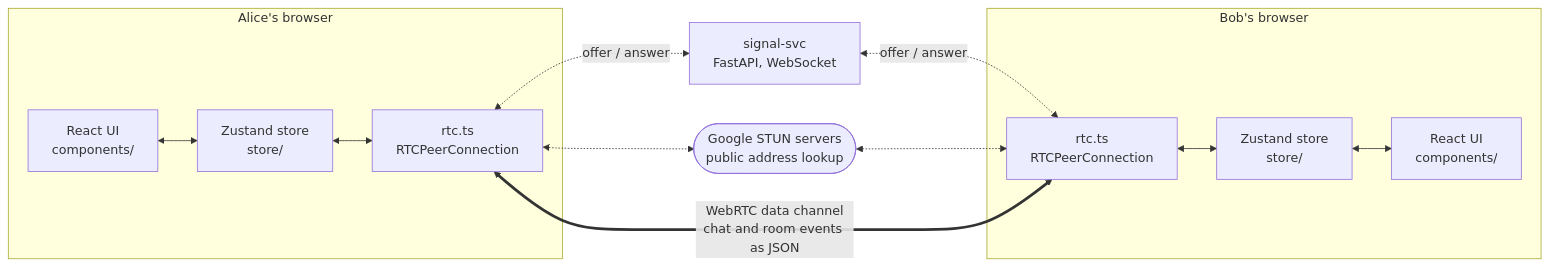
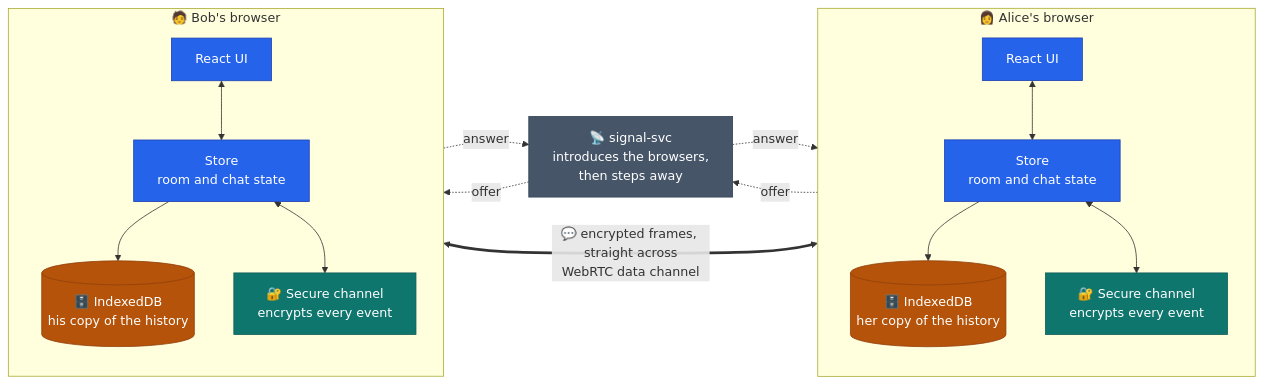
The first of 24 diagrams in README.md (LitHaxor/webRTC-mesh-chat), drawn with Mermaid before and after one commit. The commit also changed other lines of this file and 14 other files, not shown here.

Commit message:
Rewrite the README with charts, screenshots and recordings

````diff
--- a/README.md
+++ b/README.md
@@ -72,18 +143,33 @@
 ```mermaid
 flowchart LR
-  subgraph A["Alice's browser"]
-    UIA["React UI<br/>components/"] <--> StoreA["Zustand store<br/>store/"]
-    StoreA <--> RtcA["rtc.ts<br/>RTCPeerConnection"]
+  subgraph A["👩 Alice's browser"]
+    direction TB
+    UIA["React UI"] <--> StoreA["Store<br/>room and chat state"]
+    StoreA --> DBA[("🗄️ IndexedDB<br/>her copy of the history")]
+    StoreA <--> SecA["🔐 Secure channel<br/>encrypts every event"]
   end
 
-  subgraph B["Bob's browser"]
-    RtcB["rtc.ts<br/>RTCPeerConnection"] <--> StoreB["Zustand store<br/>store/"]
-    StoreB <--> UIB["React UI<br/>components/"]
+  SIG["📡 signal-svc<br/>introduces the browsers,<br/>then steps away"]
+
+  subgraph B["🧑 Bob's browser"]
+    direction TB
+    UIB["React UI"] <--> StoreB["Store<br/>room and chat state"]
+    StoreB --> DBB[("🗄️ IndexedDB<br/>his copy of the history")]
+    StoreB <--> SecB["🔐 Secure channel<br/>encrypts every event"]
   end
 
-  RtcA <-.->|"offer / answer"| SIG["signal-svc<br/>FastAPI, WebSocket"]
-  SIG <-.->|"offer / answer"| RtcB
-  RtcA <-.-> STUN(["Google STUN servers<br/>public address lookup"])
-  STUN <-.-> RtcB
-  RtcA <==>|"WebRTC data channel<br/>chat and room events as JSON"| RtcB
+  SecA -. "offer" .-> SIG
+  SIG -. "answer" .-> SecA
+  SIG -. "offer" .-> SecB
+  SecB -. "answer" .-> SIG
+  SecA <== "💬 encrypted frames, straight across<br/>WebRTC data channel" ==> SecB
+
+  classDef person fill:#2563eb,stroke:#1e40af,color:#ffffff
+  classDef channel fill:#0f766e,stroke:#115e59,color:#ffffff
+  classDef store fill:#b45309,stroke:#92400e,color:#ffffff
+  classDef setup fill:#475569,stroke:#334155,color:#ffffff
+  class UIA,UIB,StoreA,StoreB person
+  class SecA,SecB channel
+  class DBA,DBB store
+  class SIG setup
 ```
````
